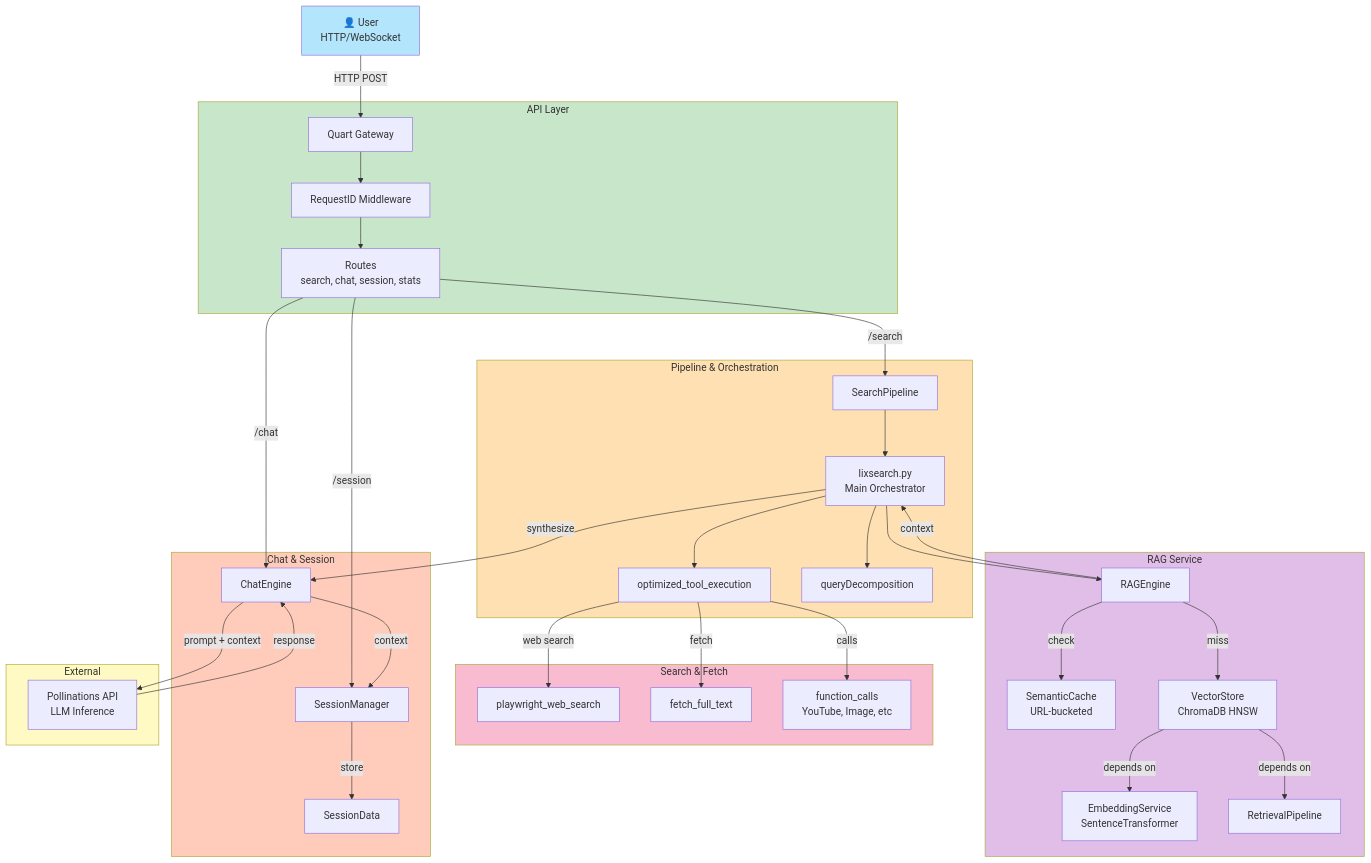
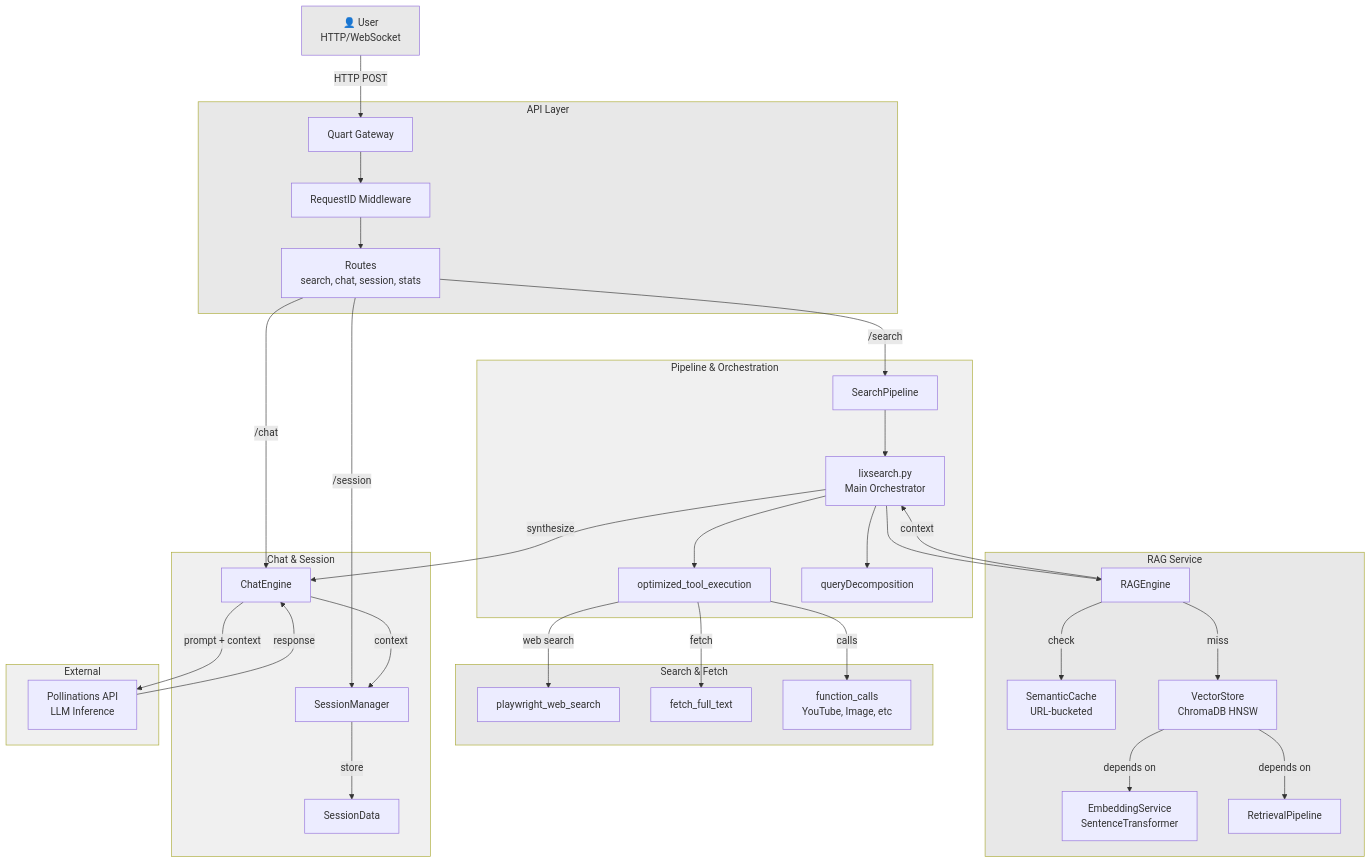
One commit to pollinations/lixSearch changed diagram 17 of 17 in DOCS/FULL_ARCHITECTURE.md. Above: the diagram before and after it, drawn with Mermaid. The commit also changed other lines of this file, not shown here.

Commit message:
refactor: Update diagram styles for improved visual consistency in architecture documentation

````diff
--- a/DOCS/FULL_ARCHITECTURE.md
+++ b/DOCS/FULL_ARCHITECTURE.md
@@ -1548,78 +1548,78 @@
 ```mermaid
 graph TB
     User["👤 User<br/>HTTP/WebSocket"]
     
     subgraph API["API Layer"]
         Gateway["Quart Gateway"]
         Middleware["RequestID Middleware"]
         Routes["Routes<br/>search, chat, session, stats"]
     end
     
     subgraph Pipeline["Pipeline & Orchestration"]
         SearchPipeline["SearchPipeline"]
         LixSearch["lixsearch.py<br/>Main Orchestrator"]
         ToolExec["optimized_tool_execution"]
         Decompose["queryDecomposition"]
     end
     
     subgraph Search["Search & Fetch"]
         WebSearch["playwright_web_search"]
         FetchText["fetch_full_text"]
         Tools["function_calls<br/>YouTube, Image, etc"]
     end
     
     subgraph RAG["RAG Service"]
         RAGEngine["RAGEngine"]
         SemanticCache["SemanticCache<br/>URL-bucketed"]
         EmbedService["EmbeddingService<br/>SentenceTransformer"]
         VecStore["VectorStore<br/>ChromaDB HNSW"]
         RetPipeline["RetrievalPipeline"]
     end
     
     subgraph Chat["Chat & Session"]
         ChatEngine["ChatEngine"]
         SessionMgr["SessionManager"]
         SessionData["SessionData"]
     end
     
     subgraph LLM["External"]
         Pollinations["Pollinations API<br/>LLM Inference"]
     end
     
     User -->|HTTP POST| Gateway
     Gateway --> Middleware
     Middleware --> Routes
     Routes -->|/search| SearchPipeline
     Routes -->|/chat| ChatEngine
     Routes -->|/session| SessionMgr
     
     SearchPipeline --> LixSearch
     LixSearch --> Decompose
     LixSearch --> ToolExec
     
     ToolExec -->|web search| WebSearch
     ToolExec -->|fetch| FetchText
     ToolExec -->|calls| Tools
     
     LixSearch --> RAGEngine
     RAGEngine -->|check| SemanticCache
     RAGEngine -->|miss| VecStore
     VecStore -->|depends on| EmbedService
     VecStore -->|depends on| RetPipeline
     
     RAGEngine -->|context| LixSearch
     LixSearch -->|synthesize| ChatEngine
     ChatEngine -->|context| SessionMgr
     SessionMgr -->|store| SessionData
     
     ChatEngine -->|prompt + context| Pollinations
     Pollinations -->|response| ChatEngine
     
-    style User fill:#B3E5FC
-    style API fill:#C8E6C9
-    style Pipeline fill:#FFE0B2
-    style Search fill:#F8BBD0
-    style RAG fill:#E1BEE7
-    style Chat fill:#FFCCBC
-    style LLM fill:#FFF9C4
+    style User fill:#E8E8E8
+    style API fill:#E8E8E8
+    style Pipeline fill:#F0F0F0
+    style Search fill:#E8E8E8
+    style RAG fill:#E8E8E8
+    style Chat fill:#F0F0F0
+    style LLM fill:#F0F0F0
 ```
````
